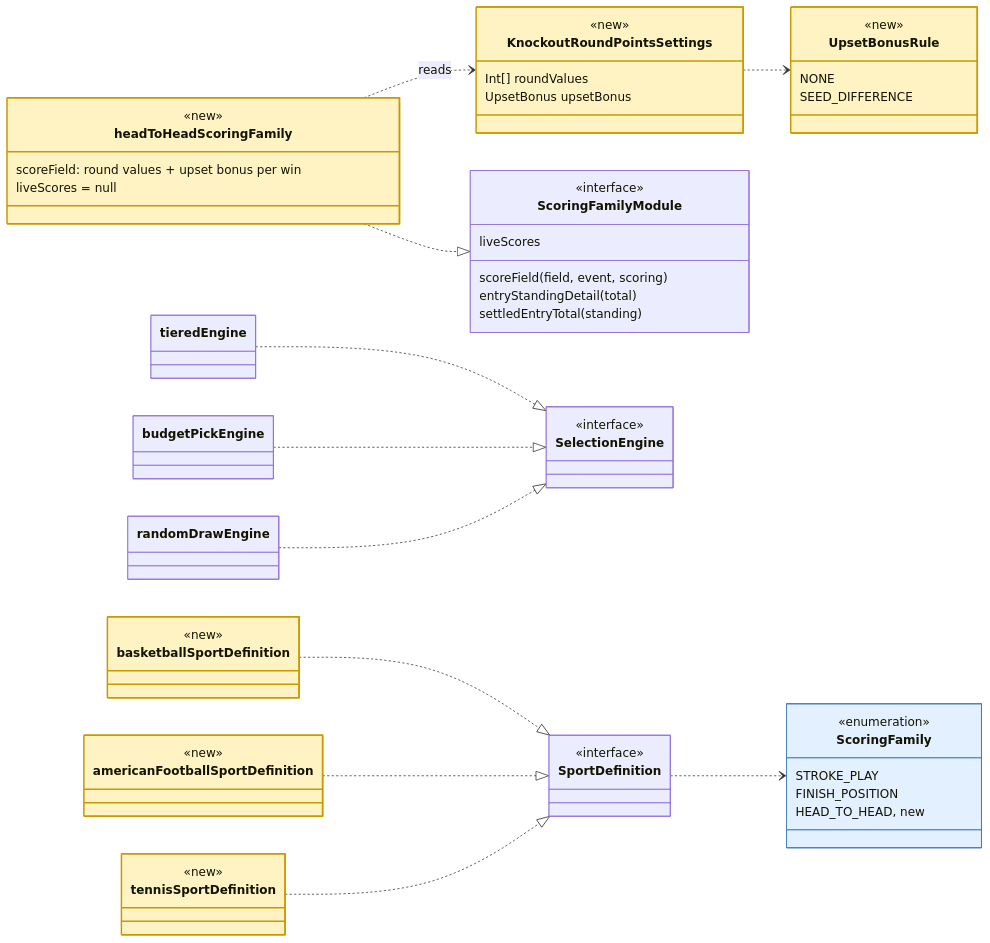
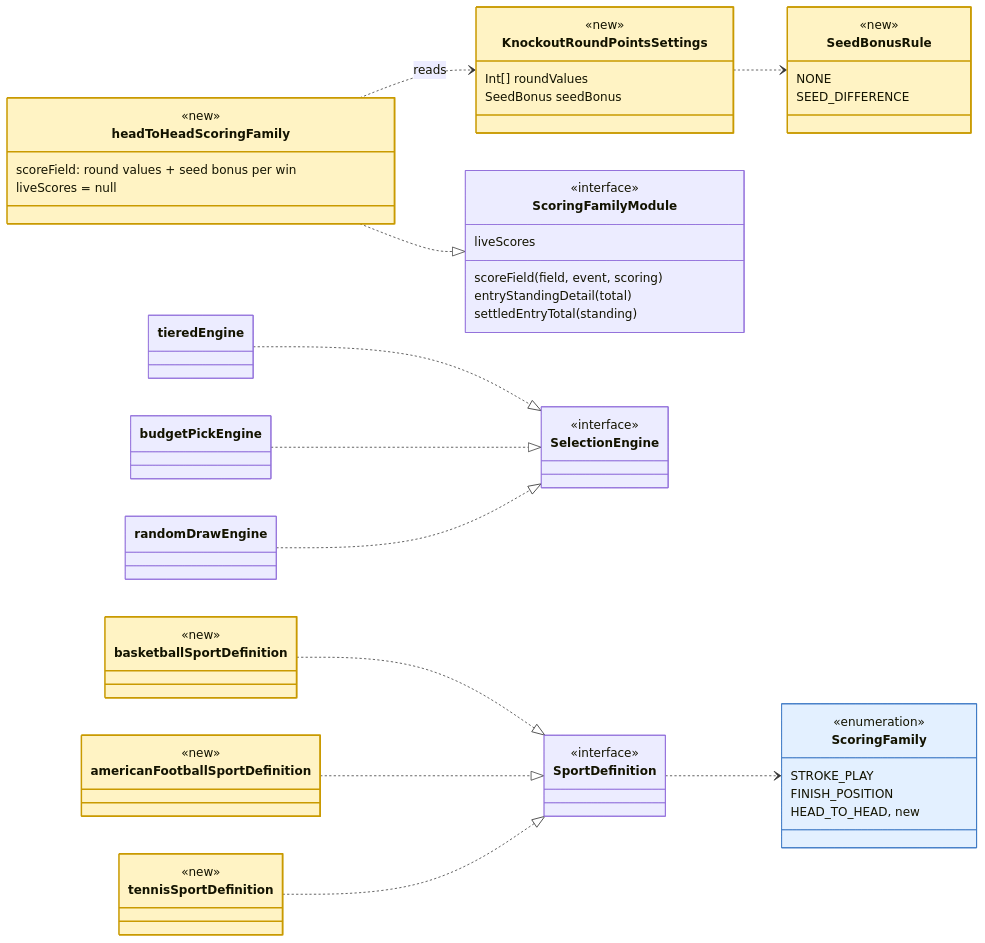
The fourth of 6 diagrams in plans/knockout-and-pickem-design.md (derek-dorazio/pool-master), drawn with Mermaid before and after one commit. The commit also changed other lines of this file, not shown here.

First line of the commit message:
Design: names for the new knockout and pick'em objects (#599, #607)

````diff
--- a/plans/knockout-and-pickem-design.md
+++ b/plans/knockout-and-pickem-design.md
@@ -639,69 +734,69 @@
 ```mermaid
 classDiagram
   direction LR
   class SportDefinition {
     <<interface>>
   }
   class ScoringFamilyModule {
     <<interface>>
     scoreField(field, event, scoring)
     liveScores
     entryStandingDetail(total)
     settledEntryTotal(standing)
   }
   class SelectionEngine {
     <<interface>>
   }
   class ScoringFamily {
     <<enumeration>>
     STROKE_PLAY
     FINISH_POSITION
     HEAD_TO_HEAD, new
   }
   class headToHeadScoringFamily {
     <<new>>
-    scoreField: round values + upset bonus per win
+    scoreField: round values + seed bonus per win
     liveScores = null
   }
   class KnockoutRoundPointsSettings {
     <<new>>
     Int[] roundValues
-    UpsetBonus upsetBonus
+    SeedBonus seedBonus
   }
-  class UpsetBonusRule {
+  class SeedBonusRule {
     <<new>>
     NONE
     SEED_DIFFERENCE
   }
   class basketballSportDefinition {
     <<new>>
   }
   class americanFootballSportDefinition {
     <<new>>
   }
   class tennisSportDefinition {
     <<new>>
   }
   class tieredEngine
   class budgetPickEngine
   class randomDrawEngine
 
   basketballSportDefinition ..|> SportDefinition
   americanFootballSportDefinition ..|> SportDefinition
   tennisSportDefinition ..|> SportDefinition
   headToHeadScoringFamily ..|> ScoringFamilyModule
   headToHeadScoringFamily ..> KnockoutRoundPointsSettings : reads
-  KnockoutRoundPointsSettings ..> UpsetBonusRule
+  KnockoutRoundPointsSettings ..> SeedBonusRule
   SportDefinition ..> ScoringFamily
   tieredEngine ..|> SelectionEngine
   budgetPickEngine ..|> SelectionEngine
   randomDrawEngine ..|> SelectionEngine
 
   style headToHeadScoringFamily fill:#fff3c4,stroke:#c99a00,stroke-width:2px
   style KnockoutRoundPointsSettings fill:#fff3c4,stroke:#c99a00,stroke-width:2px
-  style UpsetBonusRule fill:#fff3c4,stroke:#c99a00,stroke-width:2px
+  style SeedBonusRule fill:#fff3c4,stroke:#c99a00,stroke-width:2px
   style basketballSportDefinition fill:#fff3c4,stroke:#c99a00,stroke-width:2px
   style americanFootballSportDefinition fill:#fff3c4,stroke:#c99a00,stroke-width:2px
   style tennisSportDefinition fill:#fff3c4,stroke:#c99a00,stroke-width:2px
   style ScoringFamily fill:#e3f0ff,stroke:#3b78c4
 ```
````
